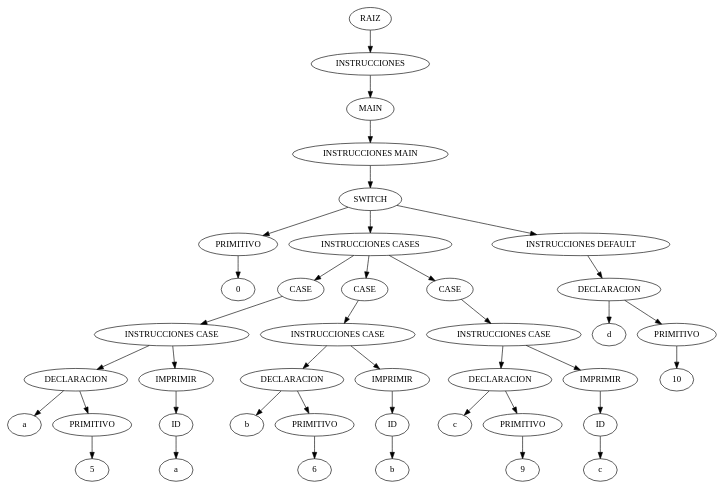
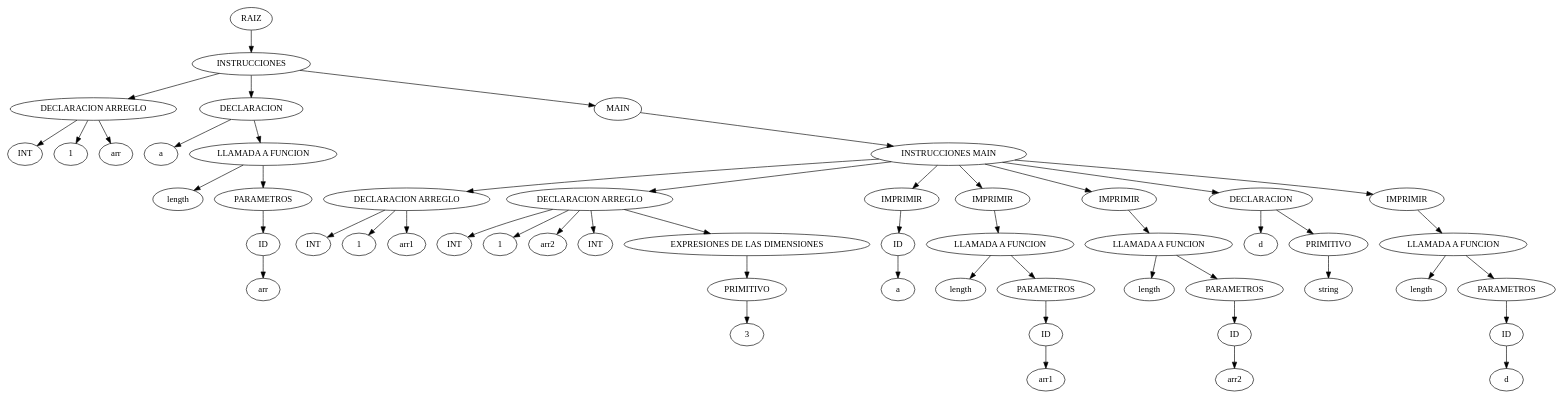
Before and after one commit to carlos11401/Compi-1: the diagram in ast.dot, drawn with Graphviz. The commit also changed 15 other files, not shown here.

```diff
--- a/ast.dot
+++ b/ast.dot
@@ -1,81 +1,105 @@
 digraph {
 n0[label="RAIZ"];
 n1[label="INSTRUCCIONES"];
 n0->n1;
-n2[label="MAIN"];
+n2[label="DECLARACION ARREGLO"];
 n1->n2;
-n3[label="INSTRUCCIONES MAIN"];
+n3[label="INT"];
 n2->n3;
-n4[label="SWITCH"];
-n3->n4;
-n5[label="PRIMITIVO"];
-n4->n5;
-n6[label="0"];
-n5->n6;
-n7[label="INSTRUCCIONES CASES"];
-n4->n7;
-n8[label="CASE"];
-n7->n8;
-n9[label="INSTRUCCIONES CASE"];
+n4[label="1"];
+n2->n4;
+n5[label="arr"];
+n2->n5;
+n6[label="DECLARACION"];
+n1->n6;
+n7[label="a"];
+n6->n7;
+n8[label="LLAMADA A FUNCION"];
+n6->n8;
+n9[label="length"];
 n8->n9;
-n10[label="DECLARACION"];
-n9->n10;
-n11[label="a"];
+n10[label="PARAMETROS"];
+n8->n10;
+n11[label="ID"];
 n10->n11;
-n12[label="PRIMITIVO"];
-n10->n12;
-n13[label="5"];
-n12->n13;
-n14[label="IMPRIMIR"];
-n9->n14;
-n15[label="ID"];
+n12[label="arr"];
+n11->n12;
+n13[label="MAIN"];
+n1->n13;
+n14[label="INSTRUCCIONES MAIN"];
+n13->n14;
+n15[label="DECLARACION ARREGLO"];
 n14->n15;
-n16[label="a"];
+n16[label="INT"];
 n15->n16;
-n17[label="CASE"];
-n7->n17;
-n18[label="INSTRUCCIONES CASE"];
-n17->n18;
-n19[label="DECLARACION"];
-n18->n19;
-n20[label="b"];
+n17[label="1"];
+n15->n17;
+n18[label="arr1"];
+n15->n18;
+n19[label="DECLARACION ARREGLO"];
+n14->n19;
+n20[label="INT"];
 n19->n20;
-n21[label="PRIMITIVO"];
+n21[label="1"];
 n19->n21;
-n22[label="6"];
-n21->n22;
-n23[label="IMPRIMIR"];
-n18->n23;
-n24[label="ID"];
-n23->n24;
-n25[label="b"];
+n22[label="arr2"];
+n19->n22;
+n23[label="INT"];
+n19->n23;
+n24[label="EXPRESIONES DE LAS DIMENSIONES"];
+n19->n24;
+n25[label="PRIMITIVO"];
 n24->n25;
-n26[label="CASE"];
-n7->n26;
-n27[label="INSTRUCCIONES CASE"];
-n26->n27;
-n28[label="DECLARACION"];
+n26[label="3"];
+n25->n26;
+n27[label="IMPRIMIR"];
+n14->n27;
+n28[label="ID"];
 n27->n28;
-n29[label="c"];
+n29[label="a"];
 n28->n29;
-n30[label="PRIMITIVO"];
-n28->n30;
-n31[label="9"];
+n30[label="IMPRIMIR"];
+n14->n30;
+n31[label="LLAMADA A FUNCION"];
 n30->n31;
-n32[label="IMPRIMIR"];
-n27->n32;
-n33[label="ID"];
-n32->n33;
-n34[label="c"];
+n32[label="length"];
+n31->n32;
+n33[label="PARAMETROS"];
+n31->n33;
+n34[label="ID"];
 n33->n34;
-n35[label="INSTRUCCIONES DEFAULT"];
-n4->n35;
-n36[label="DECLARACION"];
-n35->n36;
-n37[label="d"];
+n35[label="arr1"];
+n34->n35;
+n36[label="IMPRIMIR"];
+n14->n36;
+n37[label="LLAMADA A FUNCION"];
 n36->n37;
-n38[label="PRIMITIVO"];
-n36->n38;
-n39[label="10"];
-n38->n39;
+n38[label="length"];
+n37->n38;
+n39[label="PARAMETROS"];
+n37->n39;
+n40[label="ID"];
+n39->n40;
+n41[label="arr2"];
+n40->n41;
+n42[label="DECLARACION"];
+n14->n42;
+n43[label="d"];
+n42->n43;
+n44[label="PRIMITIVO"];
+n42->n44;
+n45[label="string"];
+n44->n45;
+n46[label="IMPRIMIR"];
+n14->n46;
+n47[label="LLAMADA A FUNCION"];
+n46->n47;
+n48[label="length"];
+n47->n48;
+n49[label="PARAMETROS"];
+n47->n49;
+n50[label="ID"];
+n49->n50;
+n51[label="d"];
+n50->n51;
 }
```
